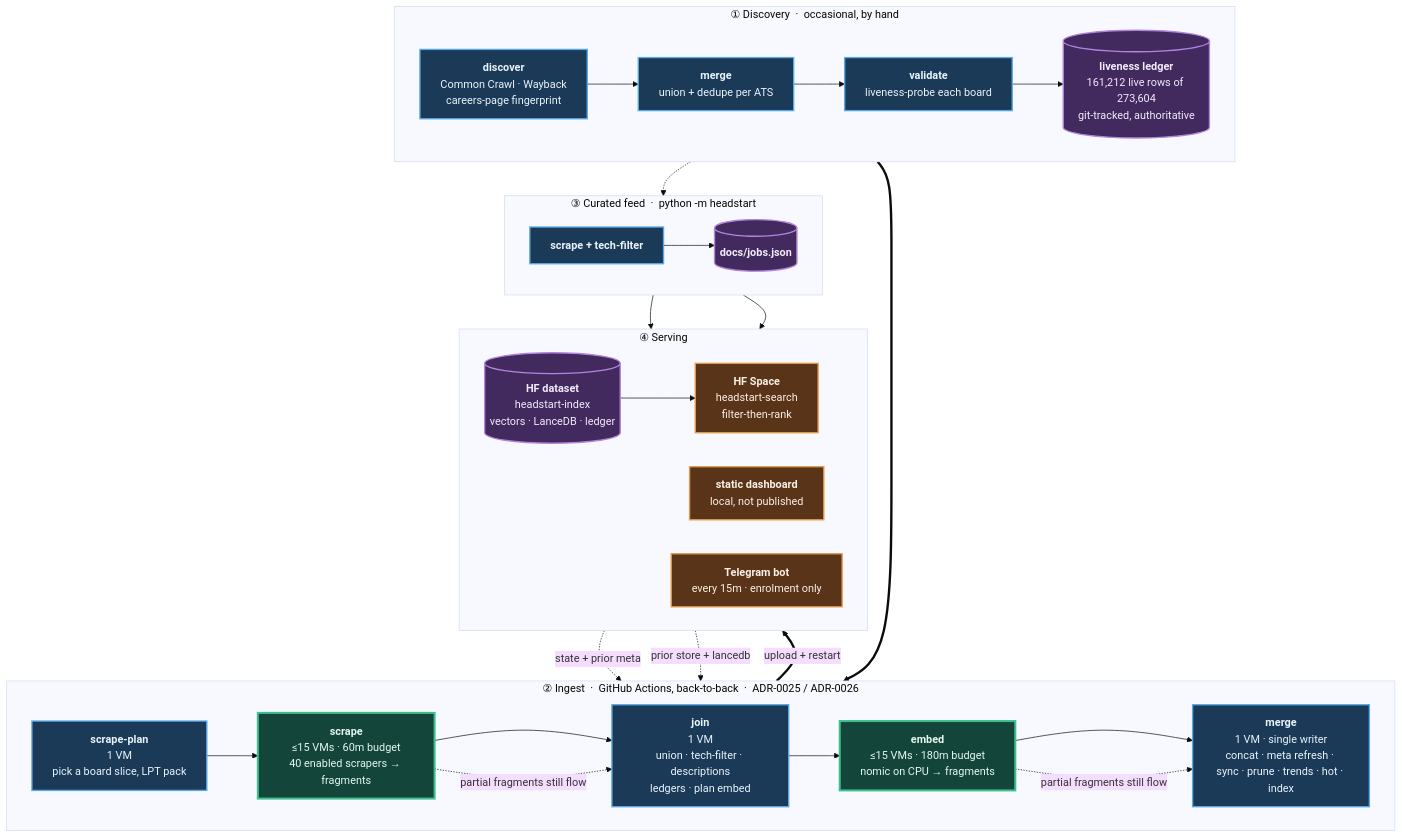
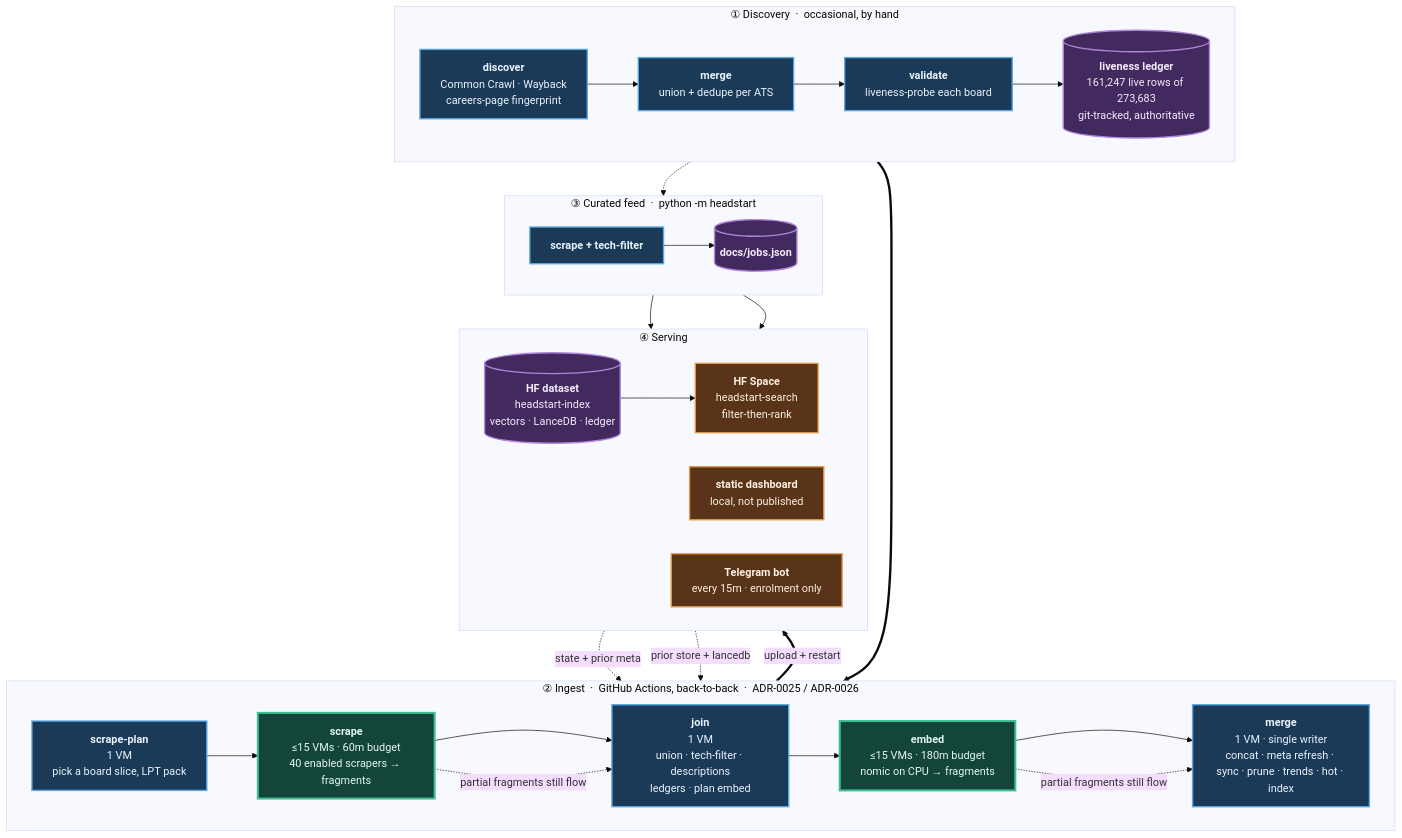
The diagram in README.md (sarthakjain004/headstart), drawn with Mermaid (base theme) before and after one commit. The commit also changed other lines of this file and 5 other files, not shown here.

````diff
--- a/README.md
+++ b/README.md
@@ -171,56 +171,56 @@
 ```mermaid
 flowchart TB
     subgraph D["① Discovery &nbsp;·&nbsp; occasional, by hand"]
         direction LR
         D1["<b>discover</b><br/>Common Crawl · Wayback<br/>careers-page fingerprint"]
         D2["<b>merge</b><br/>union + dedupe per ATS"]
         D3["<b>validate</b><br/>liveness-probe each board"]
-        D4[("<b>liveness ledger</b><br/>161,212 live rows of 273,604<br/>git-tracked, authoritative")]
+        D4[("<b>liveness ledger</b><br/>161,247 live rows of 273,683<br/>git-tracked, authoritative")]
         D1 --> D2 --> D3 --> D4
     end
 
     subgraph P["② Ingest &nbsp;·&nbsp; GitHub Actions, back-to-back &nbsp;·&nbsp; ADR-0025 / ADR-0026"]
         direction LR
         P1["<b>scrape-plan</b><br/>1 VM<br/>pick a board slice, LPT pack"]
         P2["<b>scrape</b><br/>≤15 VMs · 60m budget<br/>40 enabled scrapers → fragments"]
         P3["<b>join</b><br/>1 VM<br/>union · tech-filter · descriptions<br/>ledgers · plan embed"]
         P4["<b>embed</b><br/>≤15 VMs · 180m budget<br/>nomic on CPU → fragments"]
         P5["<b>merge</b><br/>1 VM · single writer<br/>concat · meta refresh · sync · prune · trends · hot · index"]
         P1 --> P2 --> P3 --> P4 --> P5
     end
 
     subgraph F["③ Curated feed &nbsp;·&nbsp; python -m headstart"]
         direction LR
         F1["<b>scrape + tech-filter</b>"]
         F2[("<b>docs/jobs.json</b>")]
         F1 --> F2
     end
 
     subgraph S["④ Serving"]
         direction LR
         S1[("<b>HF dataset</b><br/>headstart-index<br/>vectors · LanceDB · ledger")]
         S2["<b>HF Space</b><br/>headstart-search<br/>filter-then-rank"]
         S3["<b>static dashboard</b><br/>local, not published"]
         S4["<b>Telegram bot</b><br/>every 15m · enrolment only"]
         S1 --> S2
     end
 
     D4 ==> P1
     S1 -. "state + prior meta" .-> P1
     S1 -. "prior store + lancedb" .-> P5
     D4 -.-> F1
     P5 ==>|"upload + restart"| S1
     F2 --> S3
     F2 --> S4
     P2 -. "partial fragments still flow" .-> P3
     P4 -. "partial fragments still flow" .-> P5
 
     classDef serial fill:#1b3a57,stroke:#5aa9e6,stroke-width:2px,color:#eaf4fc
     classDef fan fill:#14453a,stroke:#3fbf8f,stroke-width:3px,color:#e4f7f0
     classDef store fill:#42295e,stroke:#b184dd,stroke-width:2px,color:#f4ecfc
     classDef serve fill:#5a3418,stroke:#e09a4f,stroke-width:2px,color:#fbf1e6
     class D1,D2,D3,P1,P3,P5,F1 serial
     class P2,P4 fan
     class D4,F2,S1 store
     class S2,S3,S4 serve
 ```
````
